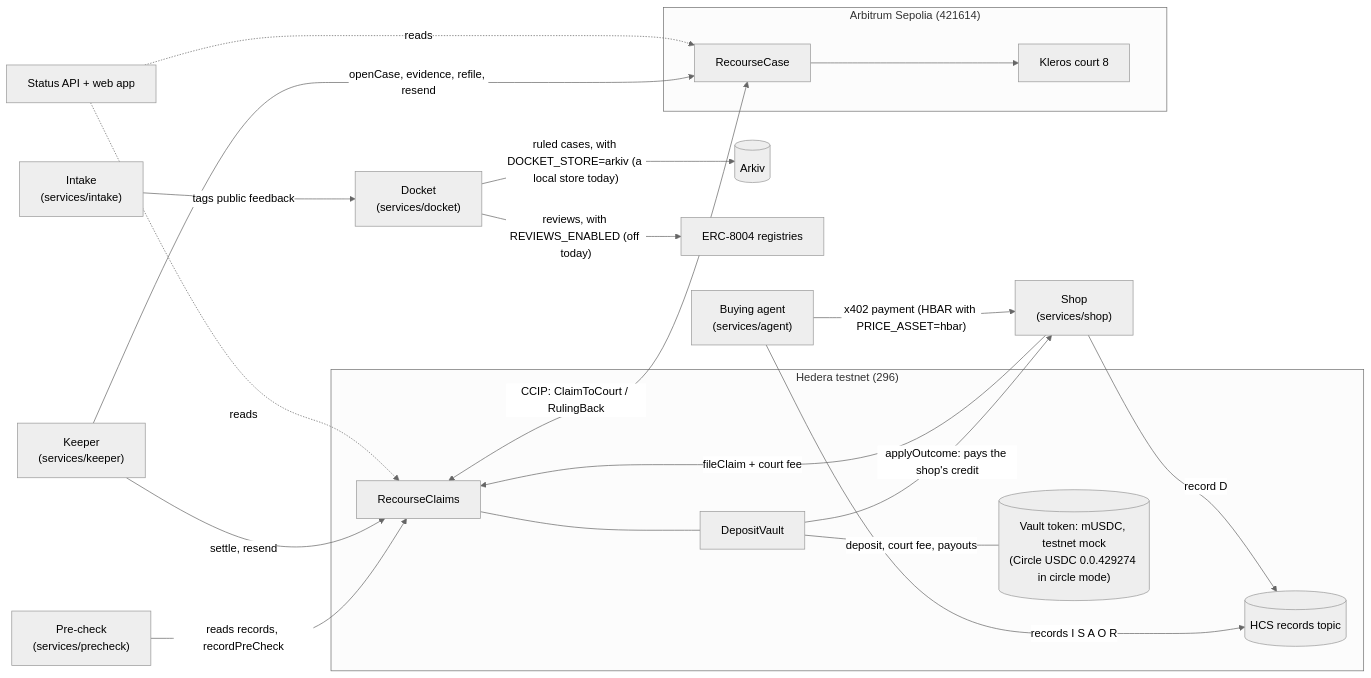
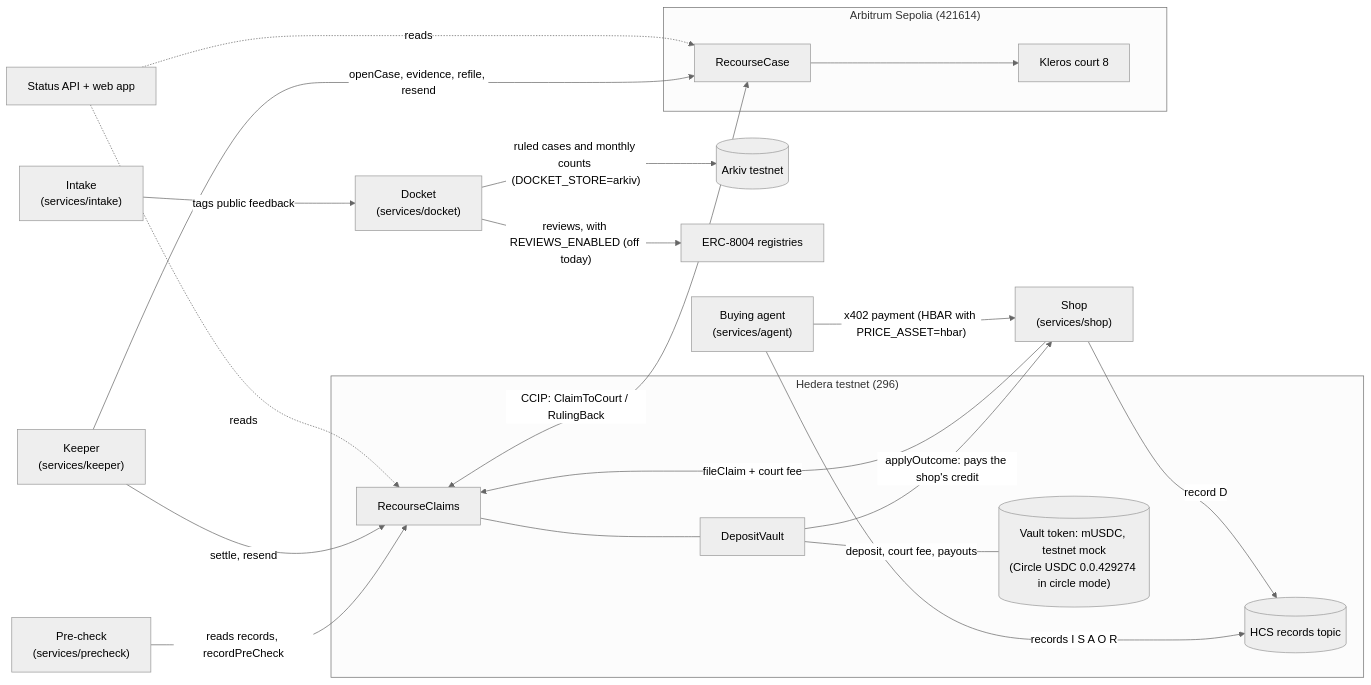
One commit to mani99brar/recourse changed the first of 2 diagrams in README.md. Above: the diagram before and after it, drawn with Mermaid (neutral theme). The commit also changed other lines of this file and 1 other file, not shown here.

````diff
--- a/README.md
+++ b/README.md
@@ -27,30 +31,30 @@
 ```mermaid
 flowchart LR
   subgraph H["Hedera testnet (296)"]
     HCS[("HCS records topic")]
     USDC[("Vault token: mUSDC, testnet mock<br/>(Circle USDC 0.0.429274 in circle mode)")]
     CL["RecourseClaims"]
     V["DepositVault"]
     CL --- V
   end
   subgraph A["Arbitrum Sepolia (421614)"]
     RC["RecourseCase"]
     KC["Kleros court 8"]
     RC --> KC
   end
   AG["Buying agent<br/>(services/agent)"] -- "x402 payment (HBAR with PRICE_ASSET=hbar)" --> SH["Shop<br/>(services/shop)"]
   AG -- "records I S A O R" --> HCS
   SH -- "record D" --> HCS
   V -- "deposit, court fee, payouts" --- USDC
   SH -- "fileClaim + court fee" --> CL
   PC["Pre-check<br/>(services/precheck)"] -- "reads records, recordPreCheck" --> CL
   CL <-- "CCIP: ClaimToCourt / RulingBack" --> RC
   KP["Keeper<br/>(services/keeper)"] -- "openCase, evidence, refile, resend" --> RC
   KP -- "settle, resend" --> CL
   V -- "applyOutcome: pays the shop's credit" --> SH
   ST["Status API + web app"] -. reads .-> CL
   ST -. reads .-> RC
-  DK["Docket<br/>(services/docket)"] -- "ruled cases, with DOCKET_STORE=arkiv (a local store today)" --> AR[("Arkiv")]
+  DK["Docket<br/>(services/docket)"] -- "ruled cases and monthly counts (DOCKET_STORE=arkiv)" --> AR[("Arkiv testnet")]
   DK -- "reviews, with REVIEWS_ENABLED (off today)" --> ER["ERC-8004 registries"]
   IN["Intake<br/>(services/intake)"] -- "tags public feedback" --> DK
 ```
````
